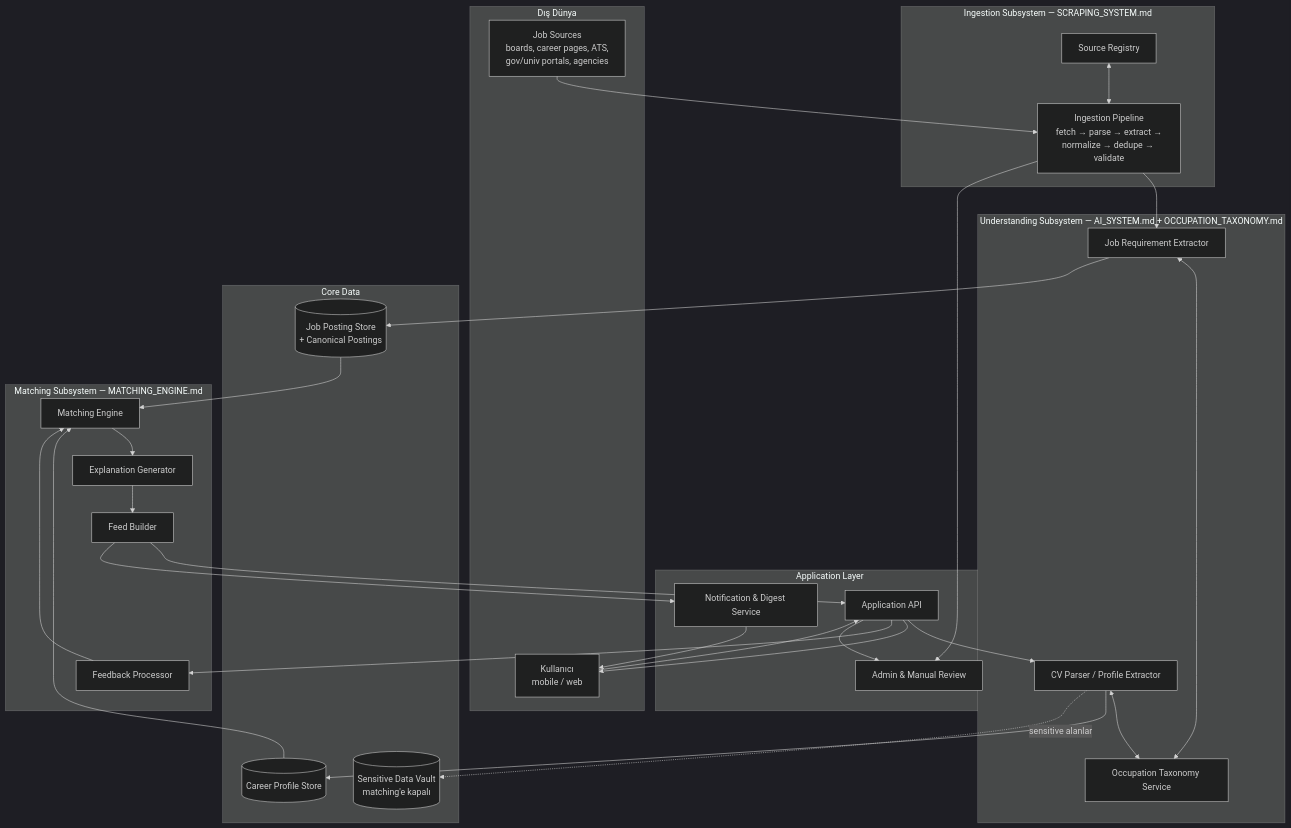
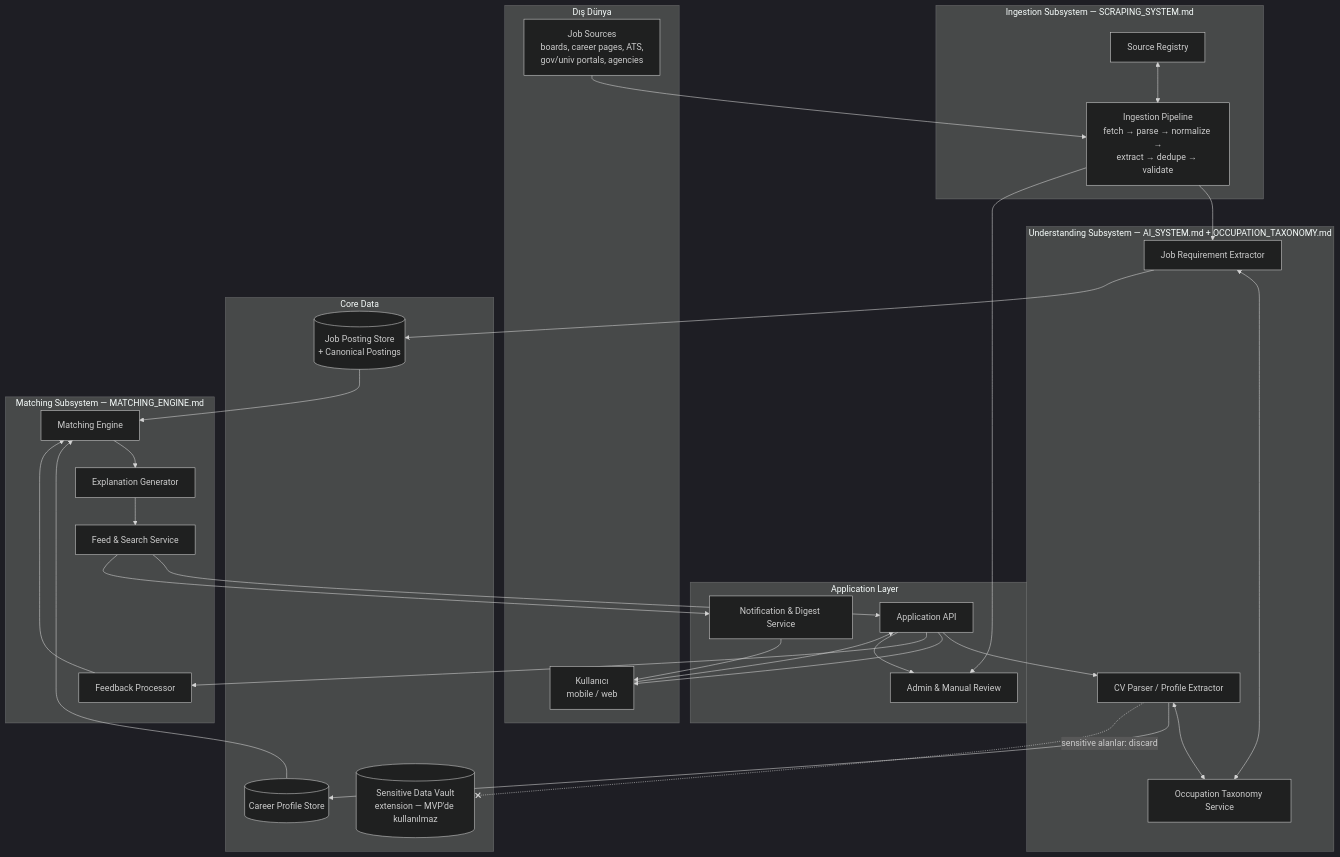
The diagram in docs/architecture/ARCHITECTURE.md (erenulutas0/joblyfit), drawn with Mermaid (dark theme) before and after one commit. The commit also changed other lines of this file and 33 other files, not shown here.

````diff
--- a/docs/architecture/ARCHITECTURE.md
+++ b/docs/architecture/ARCHITECTURE.md
@@ -30,57 +30,57 @@
 ```mermaid
 flowchart TB
     subgraph EXT[Dış Dünya]
         SRC[Job Sources<br/>boards, career pages, ATS,<br/>gov/univ portals, agencies]
         USR[Kullanıcı<br/>mobile / web]
     end
 
     subgraph ING[Ingestion Subsystem — SCRAPING_SYSTEM.md]
         REG[Source Registry]
-        PIPE[Ingestion Pipeline<br/>fetch → parse → extract →<br/>normalize → dedupe → validate]
+        PIPE[Ingestion Pipeline<br/>fetch → parse → normalize →<br/>extract → dedupe → validate]
     end
 
     subgraph UND[Understanding Subsystem — AI_SYSTEM.md + OCCUPATION_TAXONOMY.md]
         TAX[Occupation Taxonomy Service]
         JOBX[Job Requirement Extractor]
         CVX[CV Parser / Profile Extractor]
     end
 
     subgraph CORE[Core Data]
         JOBS[(Job Posting Store<br/>+ Canonical Postings)]
         PROF[(Career Profile Store)]
-        SENS[(Sensitive Data Vault<br/>matching'e kapalı)]
+        SENS[(Sensitive Data Vault<br/>extension — MVP'de kullanılmaz)]
     end
 
     subgraph MATCH[Matching Subsystem — MATCHING_ENGINE.md]
         ENG[Matching Engine]
         EXPL[Explanation Generator]
-        FEED[Feed Builder]
+        FEED[Feed & Search Service]
         FDBK[Feedback Processor]
     end
 
     subgraph APP[Application Layer]
         API[Application API]
         NOTIF[Notification & Digest Service]
         ADMIN[Admin & Manual Review]
     end
 
     SRC --> PIPE
     REG <--> PIPE
     PIPE --> JOBX
     JOBX <--> TAX
     JOBX --> JOBS
     USR --> API
     API --> CVX
     CVX <--> TAX
     CVX --> PROF
-    CVX -.sensitive alanlar.-> SENS
+    CVX -.sensitive alanlar: discard.-x SENS
     JOBS --> ENG
     PROF --> ENG
     ENG --> EXPL --> FEED
     FEED --> API --> USR
     FDBK --> ENG
     API --> FDBK
     FEED --> NOTIF --> USR
     PIPE --> ADMIN
     API --> ADMIN
 ```
````
